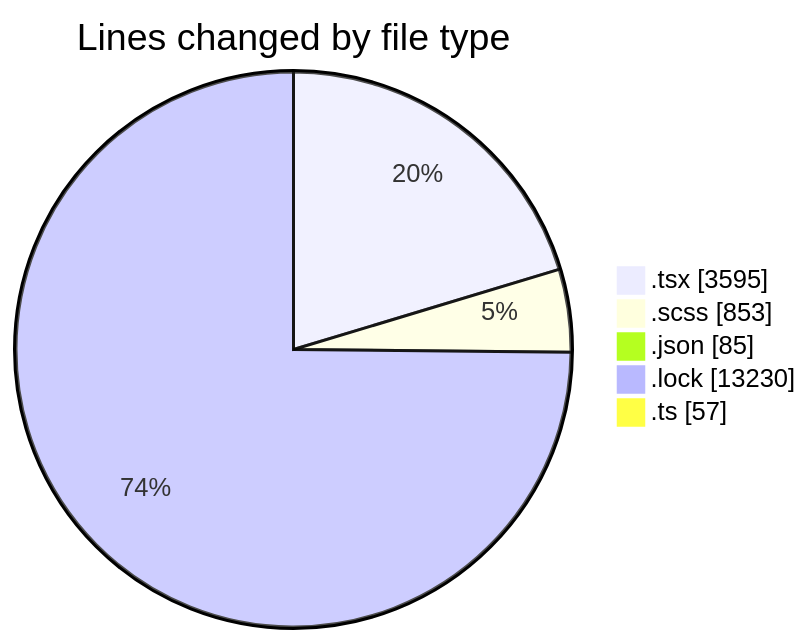
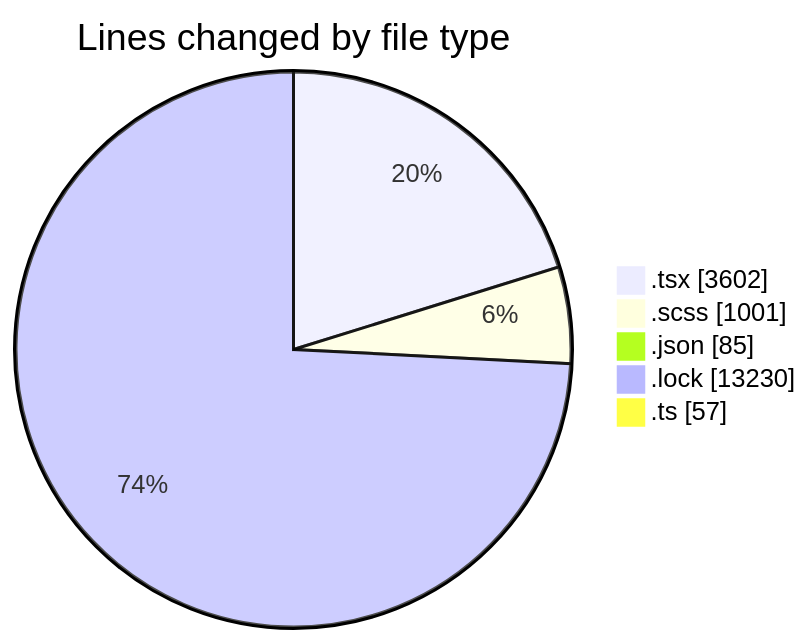
The first of 2 diagrams in 2025-10-03/cda/README.md (momahboobian/code-tracking), drawn with Mermaid before and after one commit. The commit also changed other lines of this file and 1 other file, not shown here.

````diff
--- a/2025-10-03/cda/README.md
+++ b/2025-10-03/cda/README.md
@@ -30,9 +30,9 @@
 ```mermaid
 pie showData
 title Lines changed by file type
-".tsx" : 3595
-".scss" : 853
+".tsx" : 3602
+".scss" : 1001
 ".json" : 85
 ".lock" : 13230
 ".ts" : 57
 ```
````
